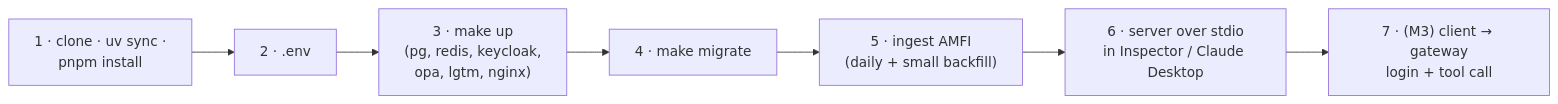
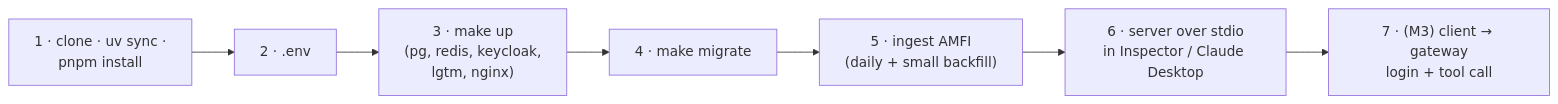
The diagram in projects/02-mcp-hub/docs/10-setup-guide.md (pRiMeXoMeGa/AI-Learning-Projects), drawn with Mermaid before and after one commit. The commit also changed 31 other files, not shown here.

````diff
--- a/projects/02-mcp-hub/docs/10-setup-guide.md
+++ b/projects/02-mcp-hub/docs/10-setup-guide.md
@@ -56,9 +56,9 @@
 ```mermaid
 flowchart LR
     A["1 · clone · uv sync ·<br/>pnpm install"] --> B["2 · .env"]
-    B --> C["3 · make up<br/>(pg, redis, keycloak,<br/>opa, lgtm, nginx)"]
+    B --> C["3 · make up<br/>(pg, redis, keycloak,<br/>lgtm, nginx)"]
     C --> D["4 · make migrate"]
     D --> E["5 · ingest AMFI<br/>(daily + small backfill)"]
     E --> F["6 · server over stdio<br/>in Inspector / Claude Desktop"]
     F --> G["7 · (M3) client → gateway<br/>login + tool call"]
 ```
````
